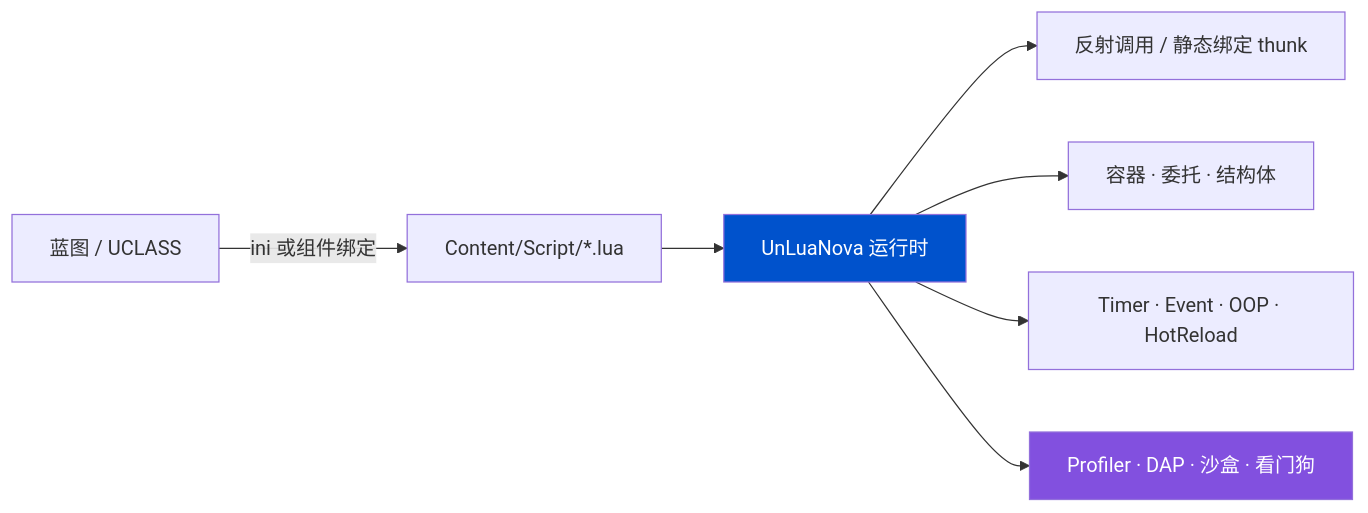
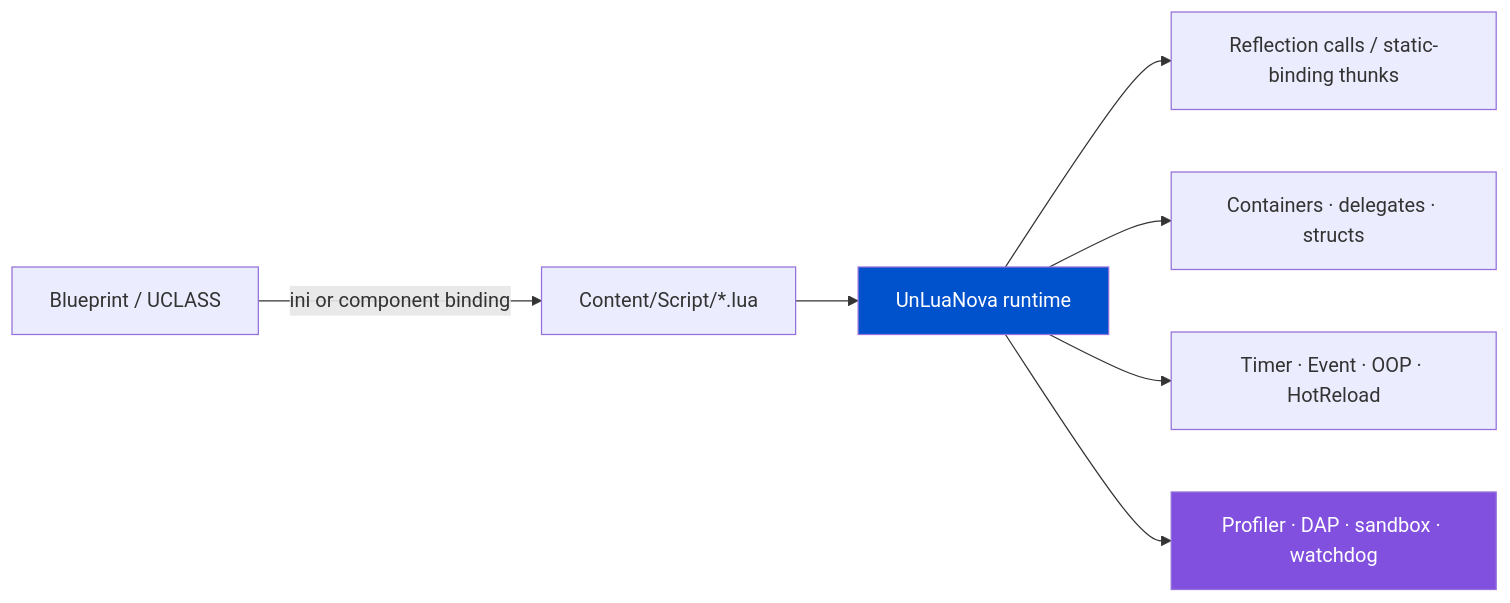
One commit to HUSTJJD/UnLuaNova changed the diagram in README.md. Above: the diagram before and after it, drawn with Mermaid. The commit also changed other lines of this file and 45 other files, not shown here.

````diff
--- a/README.md
+++ b/README.md
@@ -45,11 +46,11 @@
 ```mermaid
 flowchart LR
-    A["蓝图 / UCLASS"] -->|"ini 或组件绑定"| B["Content/Script/*.lua"]
-    B --> C["UnLuaNova 运行时"]
-    C --> D["反射调用 / 静态绑定 thunk"]
-    C --> E["容器 · 委托 · 结构体"]
+    A["Blueprint / UCLASS"] -->|"ini or component binding"| B["Content/Script/*.lua"]
+    B --> C["UnLuaNova runtime"]
+    C --> D["Reflection calls / static-binding thunks"]
+    C --> E["Containers · delegates · structs"]
     C --> F["Timer · Event · OOP · HotReload"]
-    C --> G["Profiler · DAP · 沙盒 · 看门狗"]
+    C --> G["Profiler · DAP · sandbox · watchdog"]
     style C fill:#0052cc,color:#fff
     style G fill:#8250df,color:#fff
 ```
````
